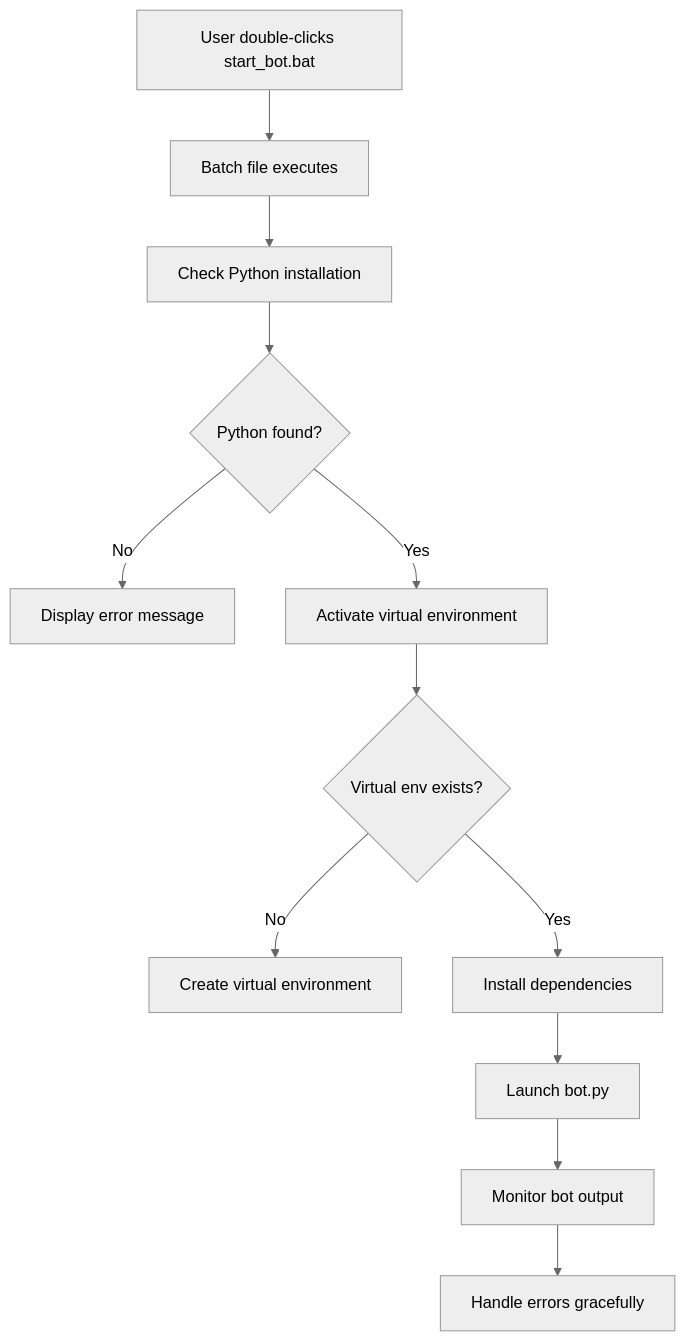
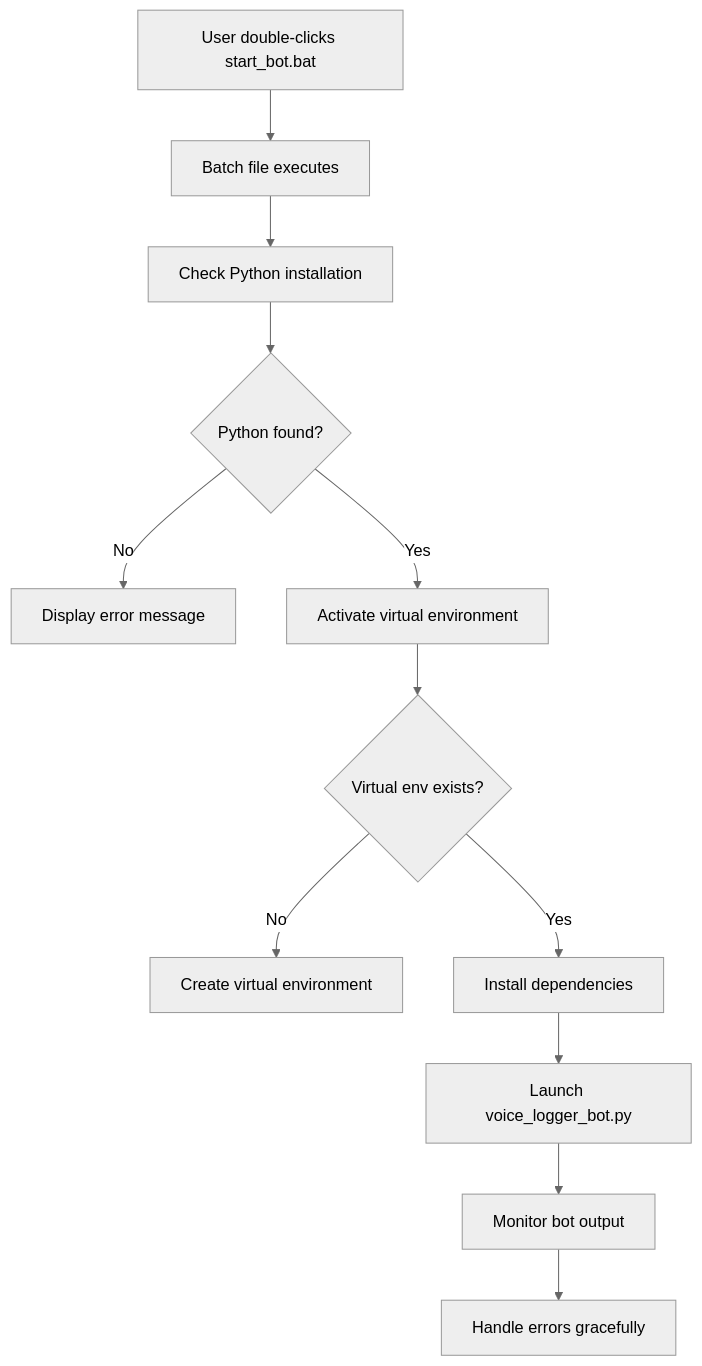
Before and after one commit to ZengSeng/telegram-bot: the eighth of 9 diagrams in .qoder/repowiki/en/content/Core Components/Stock Trading Bot.md, drawn with Mermaid (neutral theme). The commit also changed other lines of this file and 8 other files, not shown here.

````diff
--- a/.qoder/repowiki/en/content/Core Components/Stock Trading Bot.md
+++ b/.qoder/repowiki/en/content/Core Components/Stock Trading Bot.md
@@ -745,14 +647,14 @@
 ```mermaid
 flowchart TD
 A[User double-clicks start_bot.bat] --> B[Batch file executes]
 B --> C[Check Python installation]
 C --> D{Python found?}
 D --> |No| E[Display error message]
 D --> |Yes| F[Activate virtual environment]
 F --> G{Virtual env exists?}
 G --> |No| H[Create virtual environment]
 G --> |Yes| I[Install dependencies]
-I --> J[Launch bot.py]
+I --> J[Launch voice_logger_bot.py]
 J --> K[Monitor bot output]
 K --> L[Handle errors gracefully]
 ```
````
